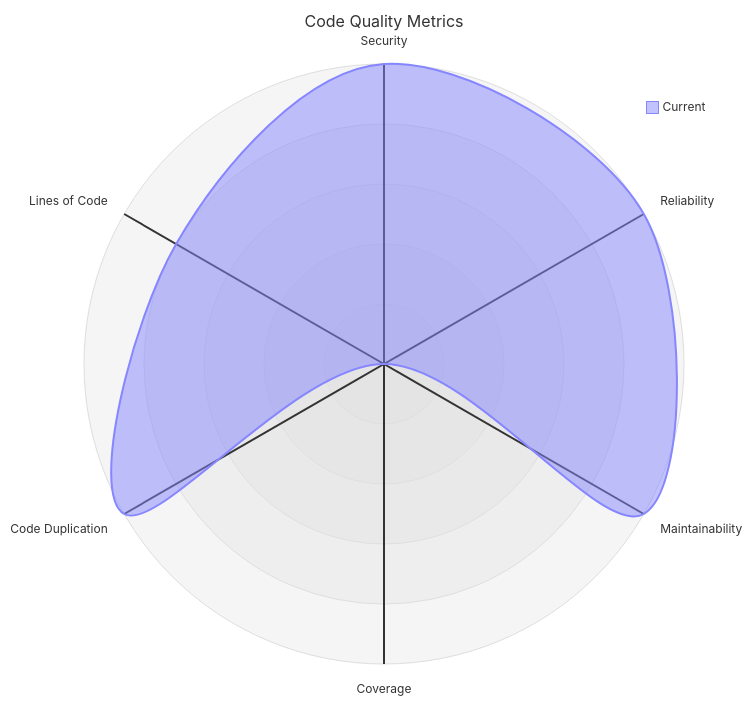
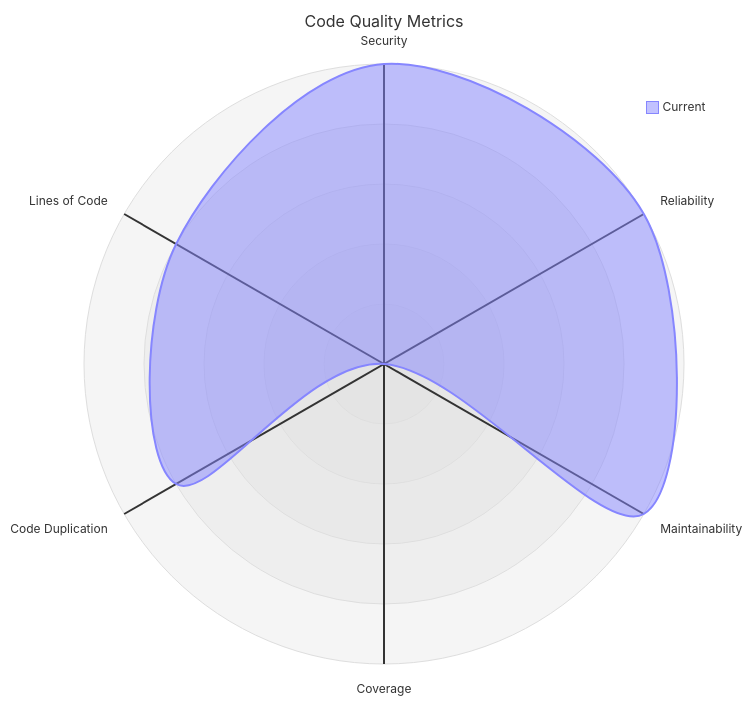
Before and after one commit to merlinbecker/CodexMiroir: the diagram in codequality/report.md, drawn with Mermaid. The commit also changed other lines of this file, not shown here.

````diff
--- a/codequality/report.md
+++ b/codequality/report.md
@@ -3,11 +3,11 @@
 ```mermaid
 ---
 title: "Code Quality Metrics"
 ---
 radar-beta
   axis s["Security"], r["Reliability"], m["Maintainability"]
   axis c["Coverage"], d["Code Duplication"], l["Lines of Code"]
-  curve current["Current"]{5, 5, 5, 0, 5, 4}
+  curve current["Current"]{5, 5, 5, 0, 4, 4}
   max 5
   min 0
 ```
````
